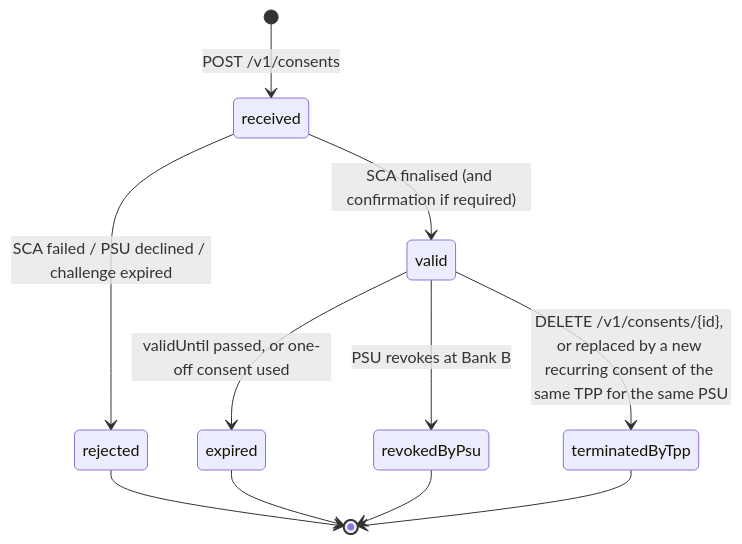
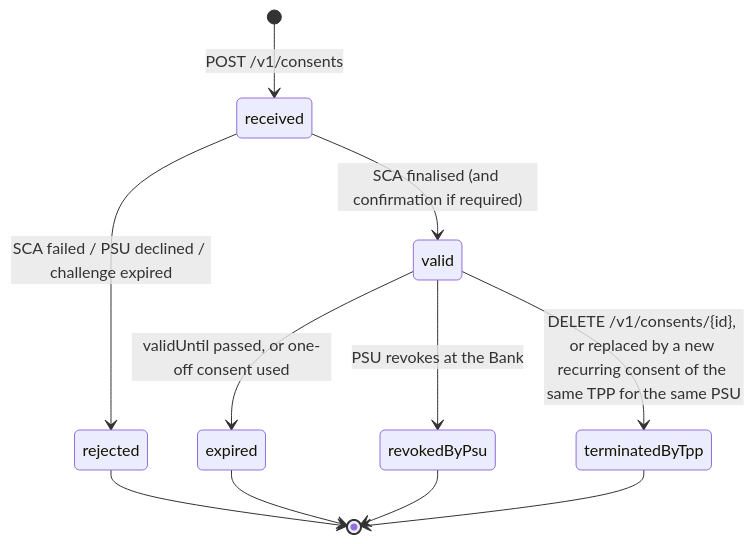
Before and after one commit to vondacho/psd2-sandbox: the eighth of 10 diagrams in docs/design/psu-account-list-journey.md, drawn with Mermaid. The commit also changed other lines of this file and 149 other files, not shown here.

````diff
--- a/docs/design/psu-account-list-journey.md
+++ b/docs/design/psu-account-list-journey.md
@@ -634,13 +634,13 @@
 ```mermaid
 stateDiagram-v2
     [*] --> received: POST /v1/consents
     received --> valid: SCA finalised (and confirmation if required)
     received --> rejected: SCA failed / PSU declined / challenge expired
     valid --> expired: validUntil passed, or one-off consent used
-    valid --> revokedByPsu: PSU revokes at Bank B
+    valid --> revokedByPsu: PSU revokes at the Bank
     valid --> terminatedByTpp: DELETE /v1/consents/{id}, or replaced by a new recurring consent of the same TPP for the same PSU
     rejected --> [*]
     expired --> [*]
     revokedByPsu --> [*]
     terminatedByTpp --> [*]
 ```
````
